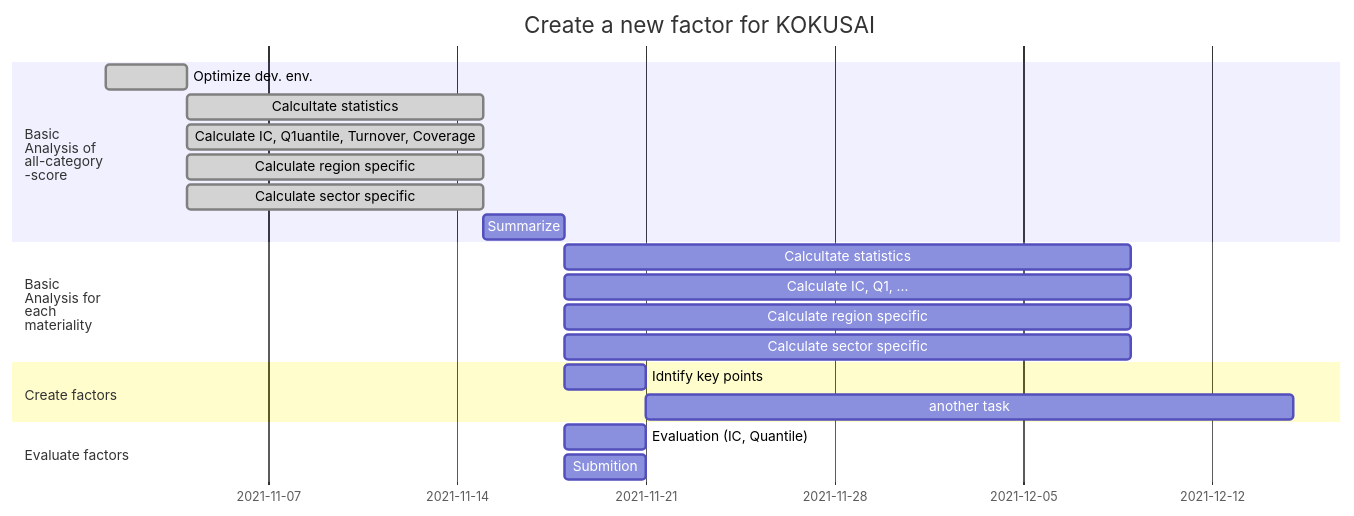
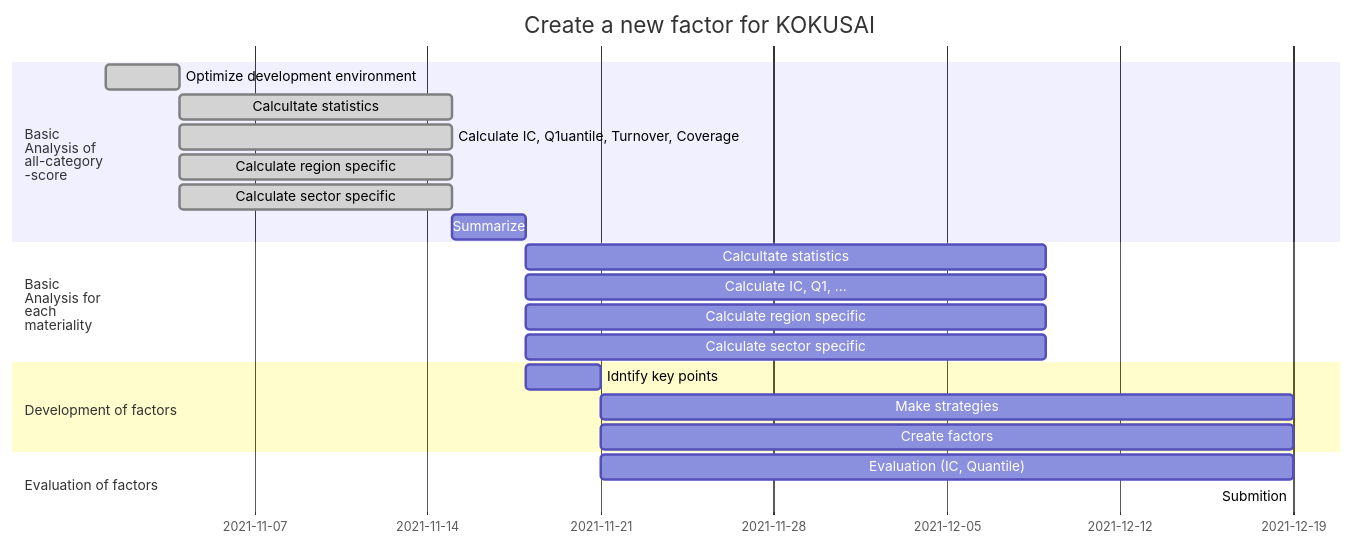
The diagram in README.md (ymmtrsk628496/xxx), drawn with Mermaid before and after one commit. The commit also changed other lines of this file and 2 other files, not shown here.

````diff
--- a/README.md
+++ b/README.md
@@ -34,26 +99,27 @@
 ```mermaid
 gantt
     title Create a new factor for KOKUSAI
     dateFormat YYYY-MM-DD
     section Basic <br/> Analysis of <br/> all-category <br/> -score
-    Optimize dev. env.:done,  a1, 2021-11-01, 3d
+    Optimize development environment:done,  a1, 2021-11-01, 3d
     Calcultate statistics:done, a2, after a1, 11d
     Calculate IC, Q1uantile, Turnover, Coverage:done, a3, after a1, 11d
     Calculate region specific:done, a4, after a1, 11d
     Calculate sector specific:done, a5, after a1, 11d
     Summarize :a6, after a2, 3d
 
     section Basic <br/> Analysis for  <br/> each <br/> materiality
     Calcultate statistics: b1, after a6, 21d
     Calculate IC, Q1, ...: b2, after a6, 21d
     Calculate region specific: b3, after a6, 21d
     Calculate sector specific: b4, after a6, 21d
 
-    section Create factors
-    Idntify key points: b1, after a6, 3d  
-    another task: 24d
+    section Development of factors
+    Idntify key points: c1, after a6, 3d  
+    Make strategies: c2, after c1, 28d
+    Create factors: c3, after c1, 28d
 
-    section Evaluate factors
-    Evaluation (IC, Quantile): b1, after a6, 3d  
-    Submition: : b1, after a6, 3d  
+    section Evaluation of factors
+    Evaluation (IC, Quantile): d1, after c1, 28d
+    Submition: : d2, after d1, 0d  
 ```
````
